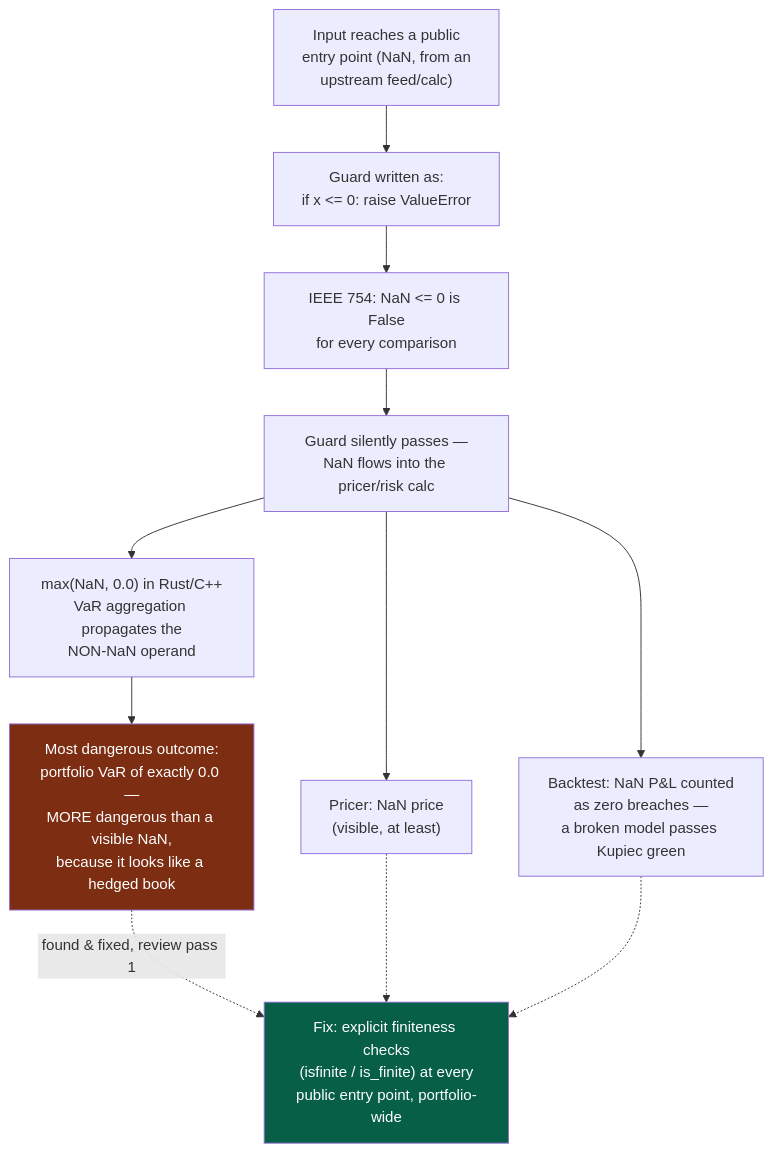
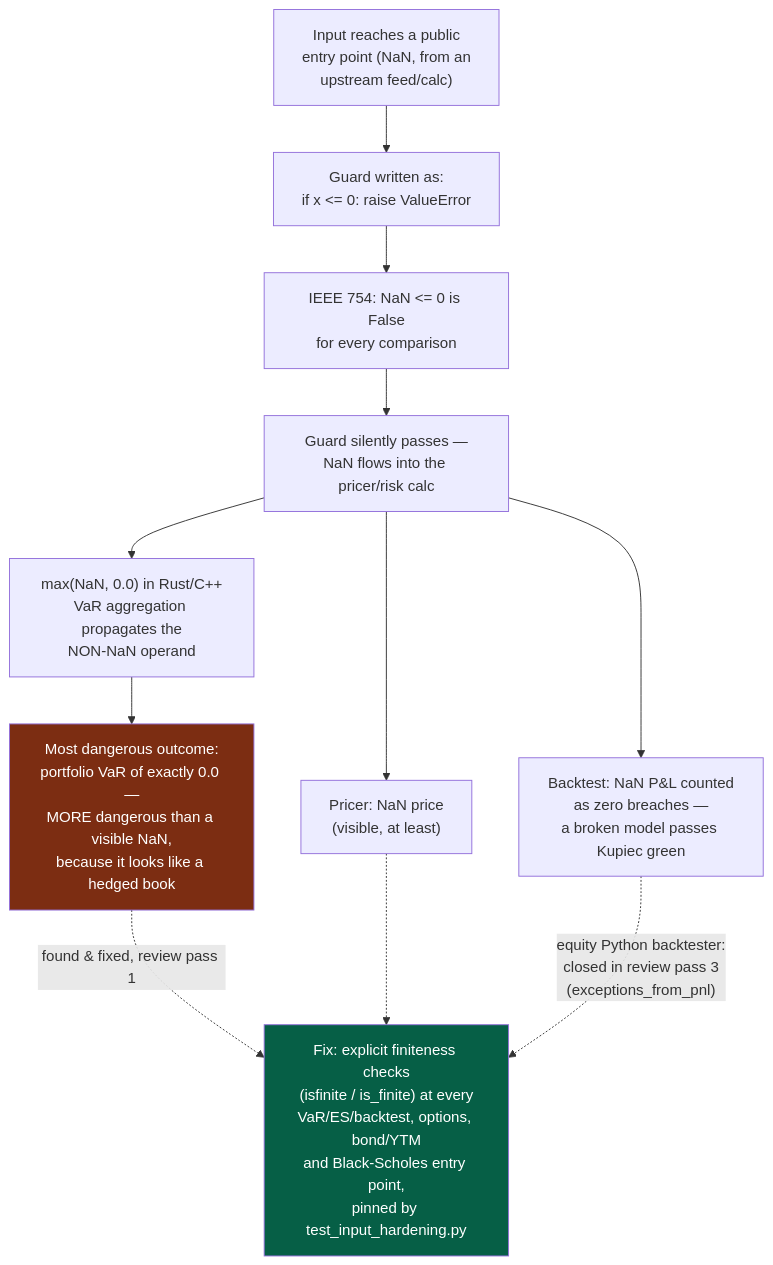
The ninth of 13 diagrams in docs/DIAGRAMS.md (AshJha0/quant-portfolio), drawn with Mermaid before and after one commit. The commit also changed other lines of this file and 87 other files, not shown here.

Commit message:
Review 2026-09-06: NaN-handling fix, validation hardening, golden generators, CI, references, docs site

````diff
--- a/docs/DIAGRAMS.md
+++ b/docs/DIAGRAMS.md
@@ -241,23 +243,23 @@
 ```mermaid
 flowchart TD
     IN["Input reaches a public<br/>entry point (NaN, from an<br/>upstream feed/calc)"]
     GUARD1["Guard written as:<br/>if x &lt;= 0: raise ValueError"]
     IEEE["IEEE 754: NaN &lt;= 0 is False<br/>for every comparison"]
     SILENT["Guard silently passes —<br/>NaN flows into the pricer/risk calc"]
     BAD1["Pricer: NaN price<br/>(visible, at least)"]
     BAD2["max(NaN, 0.0) in Rust/C++<br/>VaR aggregation propagates the<br/>NON-NaN operand"]
     BAD3["Backtest: NaN P&L counted<br/>as zero breaches —<br/>a broken model passes Kupiec green"]
-    FIX["Fix: explicit finiteness checks<br/>(isfinite / is_finite) at every<br/>public entry point, portfolio-wide"]
+    FIX["Fix: explicit finiteness checks<br/>(isfinite / is_finite) at every<br/>VaR/ES/backtest, options, bond/YTM<br/>and Black-Scholes entry point,<br/>pinned by test_input_hardening.py"]
     ZERO["Most dangerous outcome:<br/>portfolio VaR of exactly 0.0 —<br/>MORE dangerous than a visible NaN,<br/>because it looks like a hedged book"]
 
     IN --> GUARD1 --> IEEE --> SILENT
     SILENT --> BAD1
     SILENT --> BAD2 --> ZERO
     SILENT --> BAD3
     ZERO -.->|found & fixed, review pass 1| FIX
     BAD1 -.-> FIX
-    BAD3 -.-> FIX
+    BAD3 -.->|"equity Python backtester:<br/>closed in review pass 3<br/>(exceptions_from_pnl)"| FIX
 
     style ZERO fill:#7c2d12,color:#fff
     style FIX fill:#065f46,color:#fff
 ```
````
